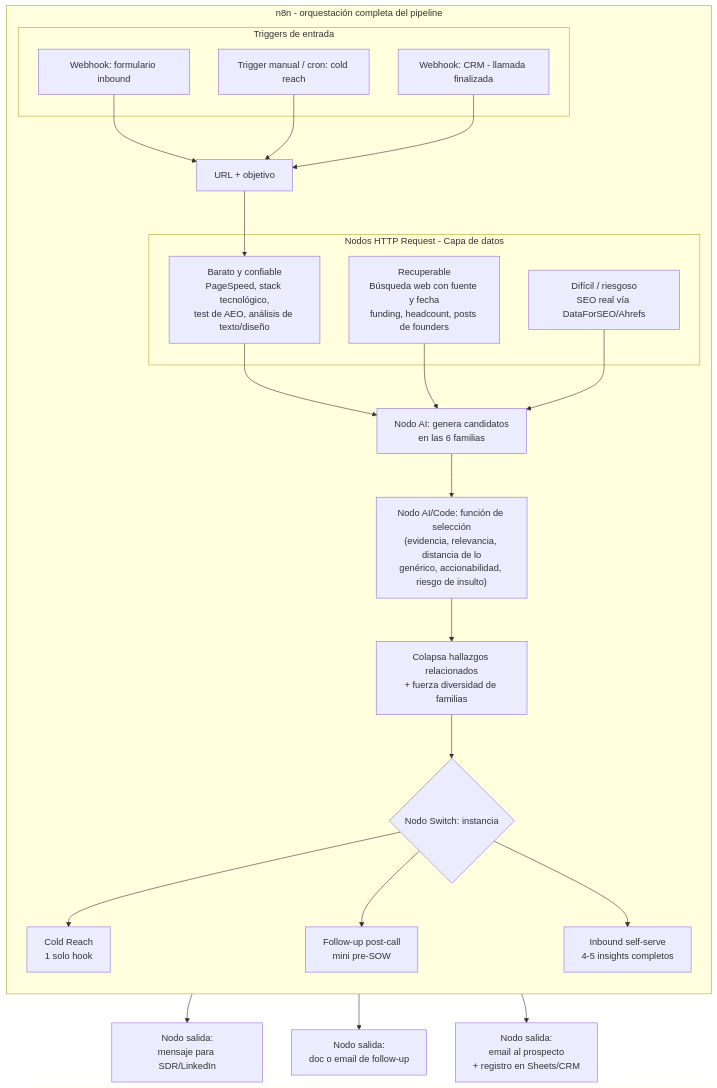
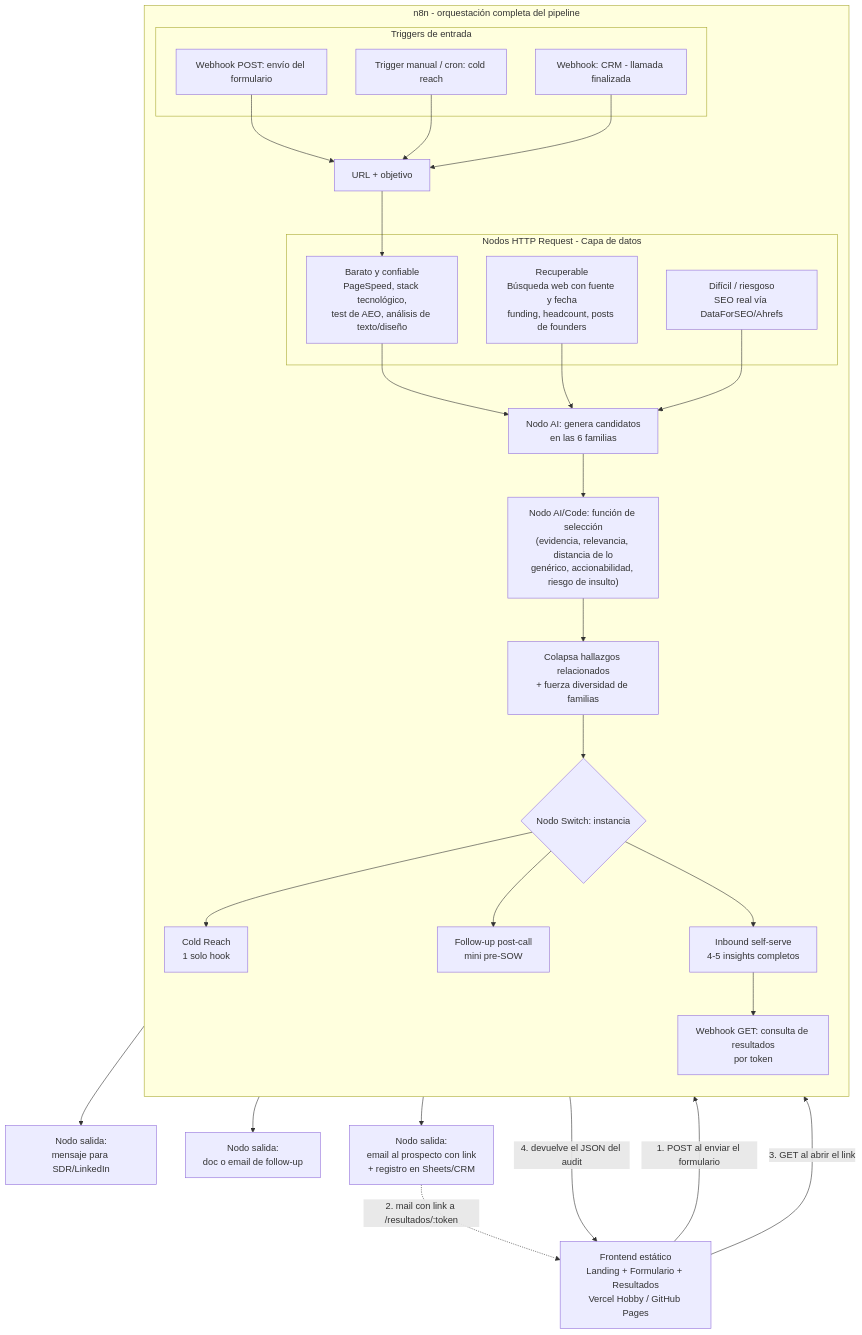
Before and after one commit to jmarroncle/growth-audit-structure: the diagram in docs/explanation/arquitectura.md, drawn with Mermaid. The commit also changed other lines of this file and 2 other files, not shown here.

First line of the commit message:
Add the static frontend layer to the architecture (Option B)

````diff
--- a/docs/explanation/arquitectura.md
+++ b/docs/explanation/arquitectura.md
@@ -7,40 +7,48 @@
 ```mermaid
 flowchart TD
+    FE[Frontend estático<br/>Landing + Formulario + Resultados<br/>Vercel Hobby / GitHub Pages]
+
     subgraph N8N [n8n - orquestación completa del pipeline]
         direction TB
 
         subgraph Triggers [Triggers de entrada]
-            T1[Webhook: formulario inbound]
+            T1[Webhook POST: envío del formulario]
             T2[Trigger manual / cron: cold reach]
             T3[Webhook: CRM - llamada finalizada]
         end
 
         T1 --> IN[URL + objetivo]
         T2 --> IN
         T3 --> IN
 
         IN --> B1
 
         subgraph CapaDatos [Nodos HTTP Request - Capa de datos]
             B1[Barato y confiable<br/>PageSpeed, stack tecnológico,<br/>test de AEO, análisis de texto/diseño]
             B2[Recuperable<br/>Búsqueda web con fuente y fecha<br/>funding, headcount, posts de founders]
             B3[Difícil / riesgoso<br/>SEO real vía DataForSEO/Ahrefs]
         end
 
         B1 --> C
         B2 --> C
         B3 --> C
 
         C[Nodo AI: genera candidatos<br/>en las 6 familias] --> D["Nodo AI/Code: función de selección<br/>(evidencia, relevancia, distancia de lo<br/>genérico, accionabilidad, riesgo de insulto)"]
         D --> D1[Colapsa hallazgos relacionados<br/>+ fuerza diversidad de familias]
 
         D1 --> E{Nodo Switch: instancia}
         E --> E1[Cold Reach<br/>1 solo hook]
         E --> E2[Follow-up post-call<br/>mini pre-SOW]
         E --> E3[Inbound self-serve<br/>4-5 insights completos]
+
+        E3 --> R[Webhook GET: consulta de resultados<br/>por token]
     end
 
+    FE -- "1. POST al enviar el formulario" --> T1
     E1 --> O1[Nodo salida:<br/>mensaje para SDR/LinkedIn]
     E2 --> O2[Nodo salida:<br/>doc o email de follow-up]
-    E3 --> O3[Nodo salida:<br/>email al prospecto<br/>+ registro en Sheets/CRM]
+    E3 --> O4[Nodo salida:<br/>email al prospecto con link<br/>+ registro en Sheets/CRM]
+    O4 -. "2. mail con link a /resultados/:token" .-> FE
+    FE -- "3. GET al abrir el link" --> R
+    R -- "4. devuelve el JSON del audit" --> FE
 ```
````
